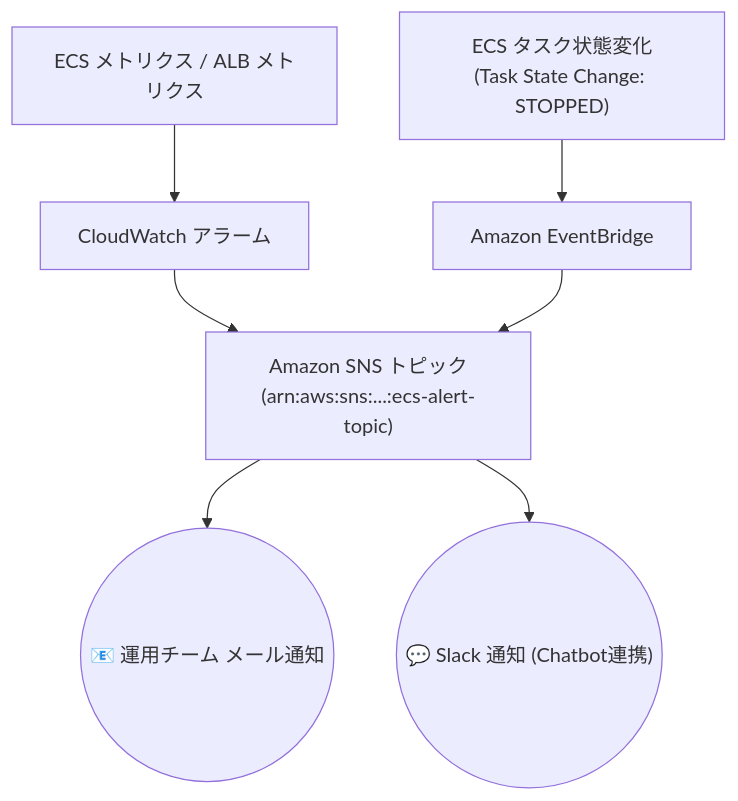
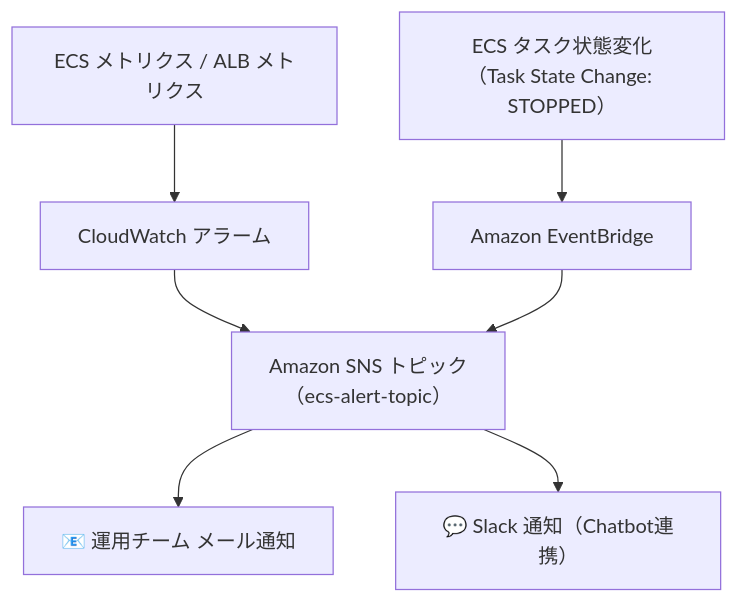
Before and after one commit to hide104y/markdown: diagram 16 of 17 in AWS：ECS.md, drawn with Mermaid. The commit also changed other lines of this file and 3 other files, not shown here.

Commit message:
GitHubのMermaidパーサーとの互換性考慮

````diff
--- a/AWS：ECS.md
+++ b/AWS：ECS.md
@@ -1828,11 +1828,11 @@
 ```mermaid
 flowchart TD
     ECS_Metrics["ECS メトリクス / ALB メトリクス"] --> CW_Alarm["CloudWatch アラーム"]
-    ECS_Events["ECS タスク状態変化<br>(Task State Change: STOPPED)"] --> EventBridge["Amazon EventBridge"]
+    ECS_Events["ECS タスク状態変化<br>（Task State Change: STOPPED）"] --> EventBridge["Amazon EventBridge"]
     
-    CW_Alarm --> SNS["Amazon SNS トピック<br>(arn:aws:sns:...:ecs-alert-topic)"]
+    CW_Alarm --> SNS["Amazon SNS トピック<br>（ecs-alert-topic）"]
     EventBridge --> SNS
     
-    SNS --> Email(("📧 運用チーム メール通知"))
-    SNS --> Slack(("💬 Slack 通知 (Chatbot連携)"))
+    SNS --> Email["📧 運用チーム メール通知"]
+    SNS --> Slack["💬 Slack 通知（Chatbot連携）"]
 ```
````
